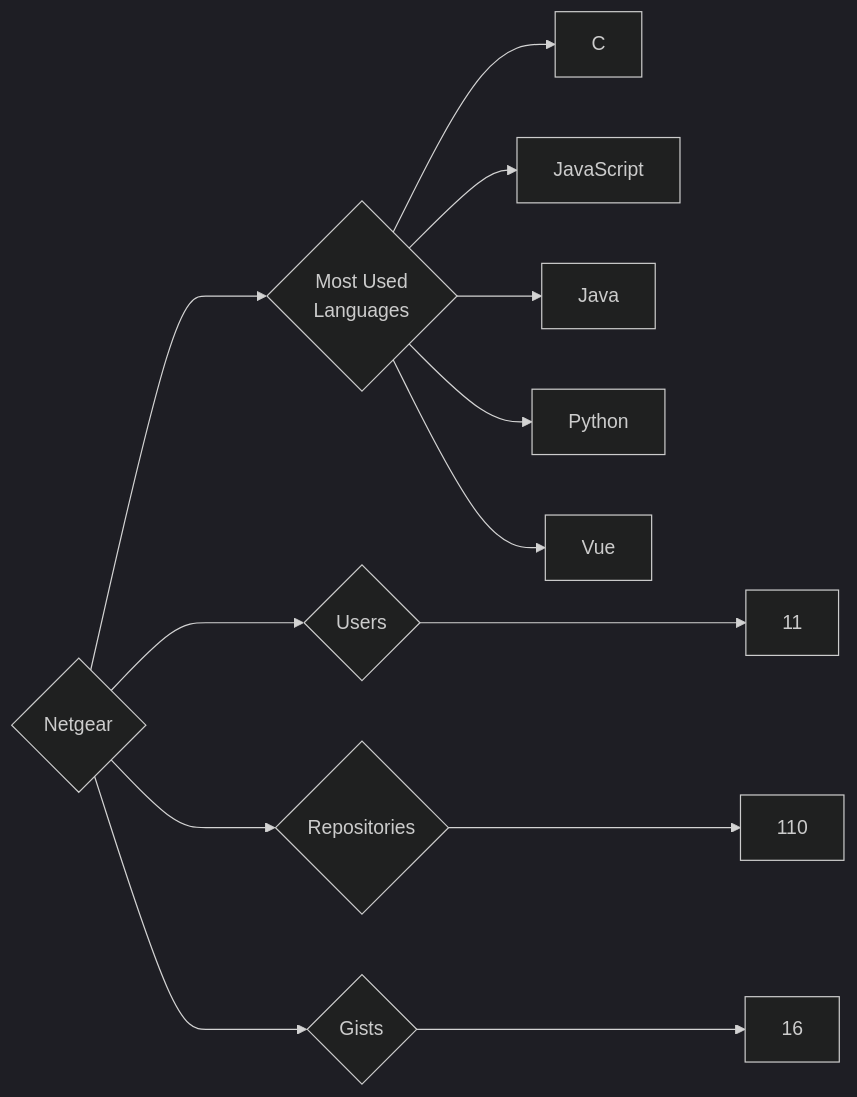
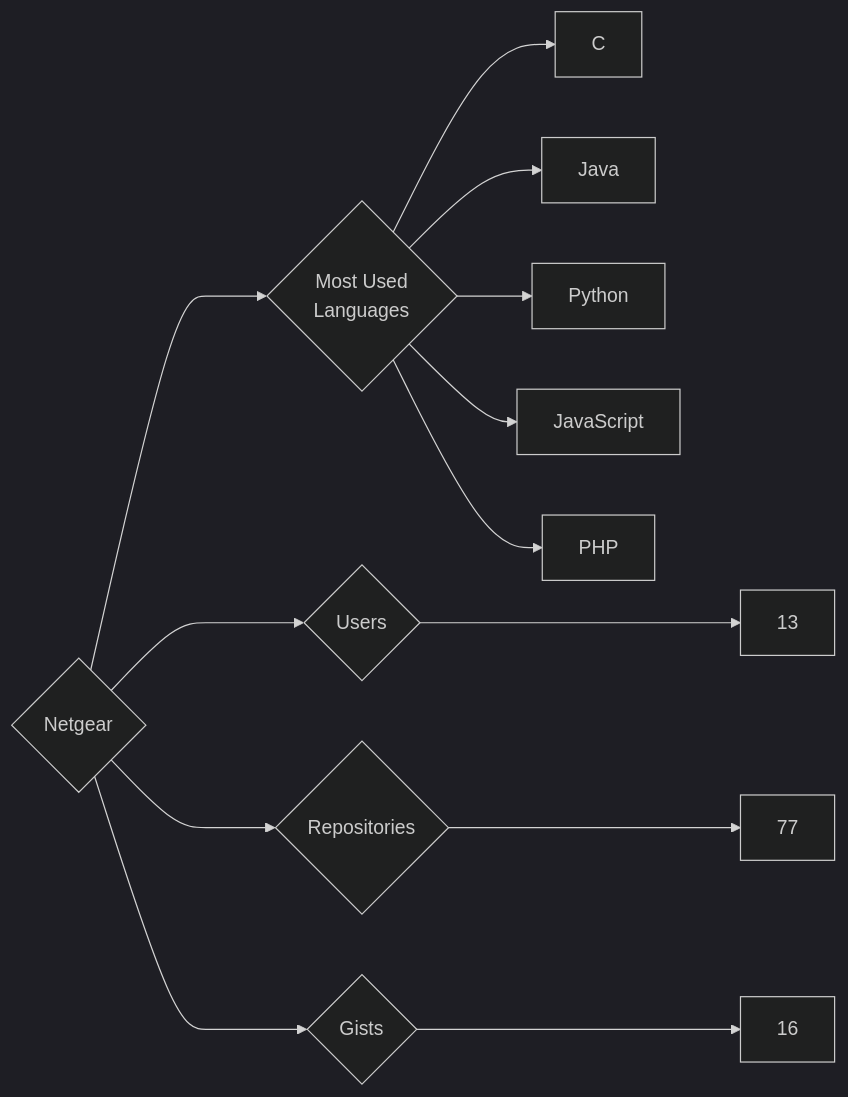
The diagram in targets/Netgear/README.md (trickest/insiders), drawn with Mermaid (dark theme) before and after one commit. The commit also changed 682 other files, not shown here.

````diff
--- a/targets/Netgear/README.md
+++ b/targets/Netgear/README.md
@@ -3,13 +3,13 @@
 ```mermaid
 graph LR
 COMPANY_NAME{Netgear}
-COMPANY_NAME ---> U{Users} ---> UN[11]
-COMPANY_NAME ---> R{Repositories} ---> RN[110]
+COMPANY_NAME ---> U{Users} ---> UN[13]
+COMPANY_NAME ---> R{Repositories} ---> RN[77]
 COMPANY_NAME ---> G{Gists} ---> GN[16]
 COMPANY_NAME ---> ML{Most Used<br>Languages}
 ML --> C[C]
-ML --> JavaScript[JavaScript]
 ML --> Java[Java]
 ML --> Python[Python]
-ML --> Vue[Vue]
+ML --> JavaScript[JavaScript]
+ML --> PHP[PHP]
 ```
````
